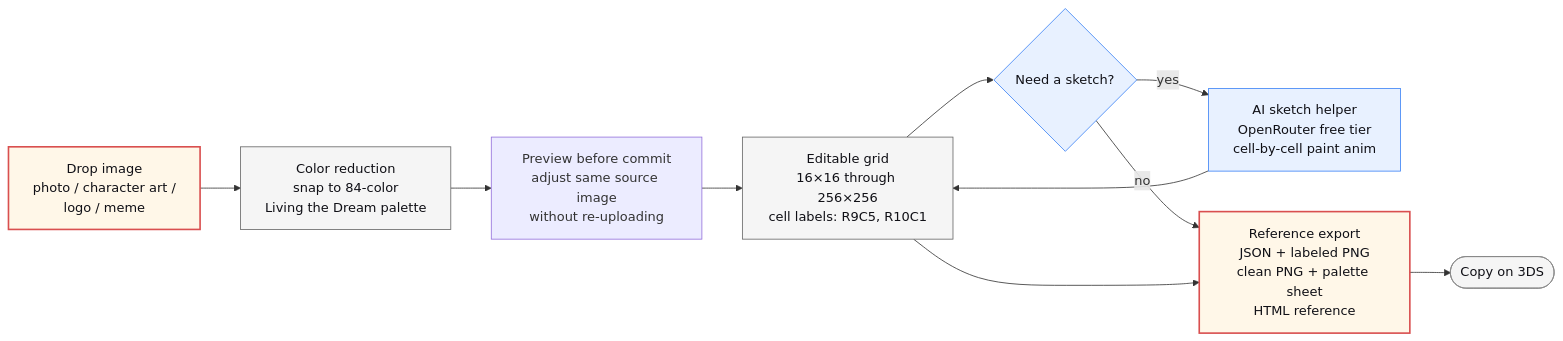
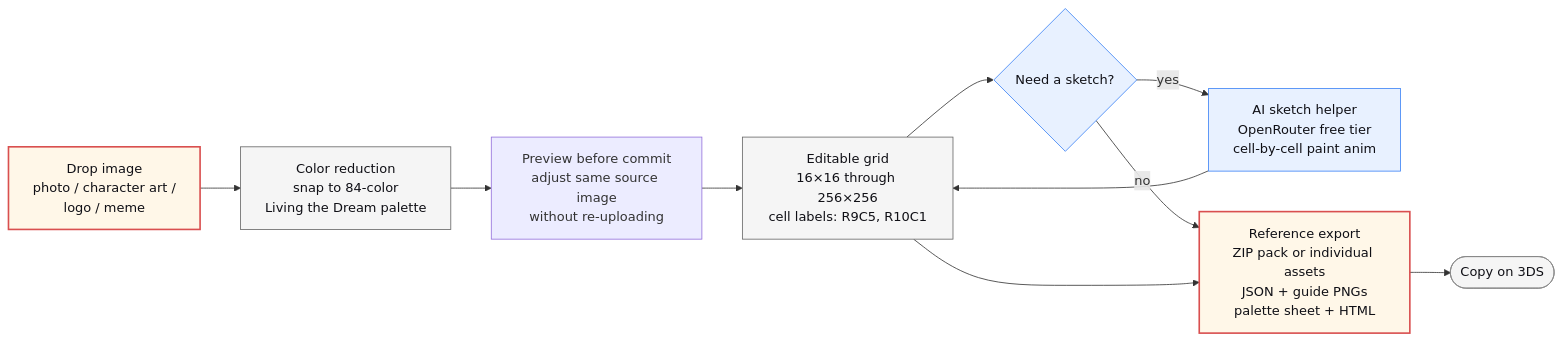
Before and after one commit to RazonIn4K/Mii-pixelart: the second of 2 diagrams in living-the-grid-studio/README.md, drawn with Mermaid. The commit also changed other lines of this file and 7 other files, not shown here.

Commit message:
Add ZIP reference pack export

````diff
--- a/living-the-grid-studio/README.md
+++ b/living-the-grid-studio/README.md
@@ -83,21 +87,21 @@
 ```mermaid
 flowchart LR
     IMG[Drop image<br/>photo / character art /<br/>logo / meme] --> QUANT[Color reduction<br/>snap to 84-color<br/>Living the Dream palette]
     QUANT --> PREVIEW[Preview before commit<br/>adjust same source image<br/>without re-uploading]
     PREVIEW --> GRID[Editable grid<br/>16×16 through 256×256<br/>cell labels: R9C5, R10C1]
     GRID --> AI{Need a sketch?}
     AI -- yes --> SKETCH[AI sketch helper<br/>OpenRouter free tier<br/>cell-by-cell paint anim]
     SKETCH --> GRID
-    AI -- no --> EXPORT[Reference export<br/>JSON + labeled PNG<br/>clean PNG + palette sheet<br/>HTML reference]
+    AI -- no --> EXPORT[Reference export<br/>ZIP pack or individual assets<br/>JSON + guide PNGs<br/>palette sheet + HTML]
     GRID --> EXPORT
     EXPORT --> COPY([Copy on 3DS])
 
     classDef io fill:#fff7e8,stroke:#d94f4f,color:#101016,stroke-width:2px
     classDef step fill:#f5f5f5,stroke:#666,color:#101016
     classDef ai fill:#e8f1ff,stroke:#3b82f6,color:#101016
     classDef terminal fill:#f5f5f5,stroke:#888,color:#101016
     class IMG,EXPORT io
     class QUANT,GRID step
     class AI,SKETCH ai
     class COPY terminal
 ```
````
